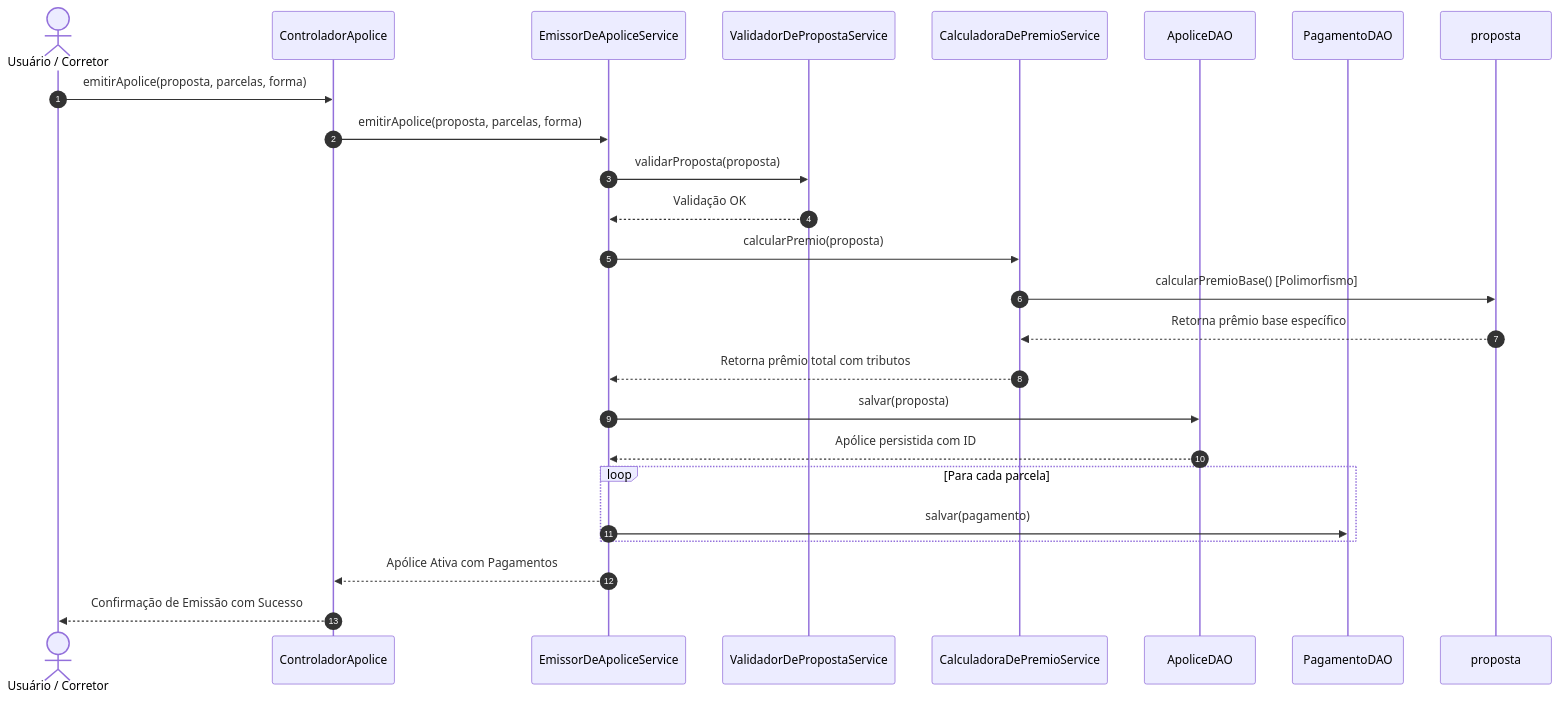
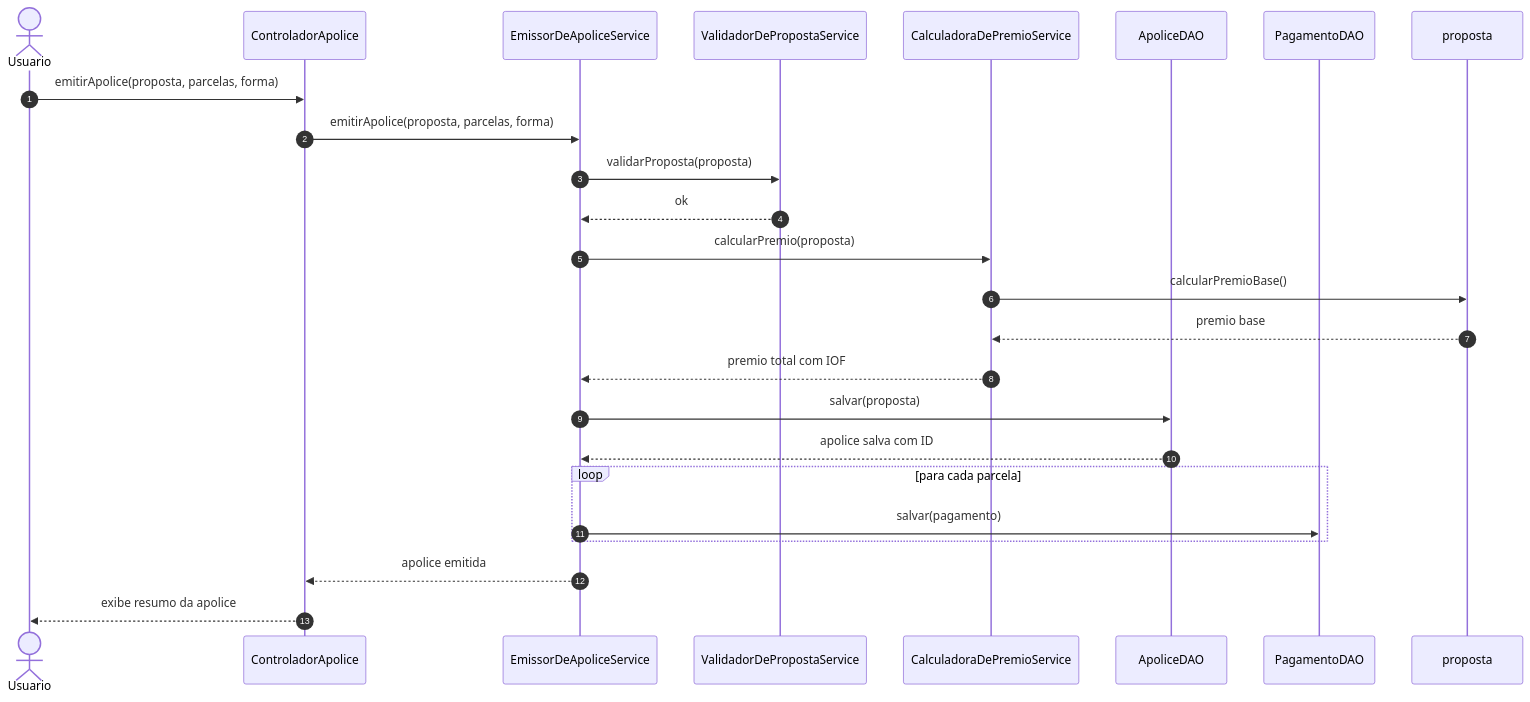
The second of 2 diagrams in docs/uml.md (JOAO2666/Sistema-de-Gerenciamento-de-Clientes-e-Ve-culos-POO), drawn with Mermaid before and after one commit. The commit also changed other lines of this file and 51 other files, not shown here.

````diff
--- a/docs/uml.md
+++ b/docs/uml.md
@@ -218,27 +233,27 @@
 ```mermaid
 sequenceDiagram
     autonumber
-    actor Usuario as Usuário / Corretor
+    actor Usuario as Usuario
     participant Ctrl as ControladorApolice
     participant Emissor as EmissorDeApoliceService
     participant Validador as ValidadorDePropostaService
     participant Calc as CalculadoraDePremioService
     participant ApDao as ApoliceDAO
     participant PagDao as PagamentoDAO
 
     Usuario->>Ctrl: emitirApolice(proposta, parcelas, forma)
     Ctrl->>Emissor: emitirApolice(proposta, parcelas, forma)
     Emissor->>Validador: validarProposta(proposta)
-    Validador-->>Emissor: Validação OK
+    Validador-->>Emissor: ok
     Emissor->>Calc: calcularPremio(proposta)
-    Calc->>proposta: calcularPremioBase() [Polimorfismo]
-    proposta-->>Calc: Retorna prêmio base específico
-    Calc-->>Emissor: Retorna prêmio total com tributos
+    Calc->>proposta: calcularPremioBase()
+    proposta-->>Calc: premio base
+    Calc-->>Emissor: premio total com IOF
     Emissor->>ApDao: salvar(proposta)
-    ApDao-->>Emissor: Apólice persistida com ID
-    loop Para cada parcela
+    ApDao-->>Emissor: apolice salva com ID
+    loop para cada parcela
         Emissor->>PagDao: salvar(pagamento)
     end
-    Emissor-->>Ctrl: Apólice Ativa com Pagamentos
-    Ctrl-->>Usuario: Confirmação de Emissão com Sucesso
+    Emissor-->>Ctrl: apolice emitida
+    Ctrl-->>Usuario: exibe resumo da apolice
 ```
````
